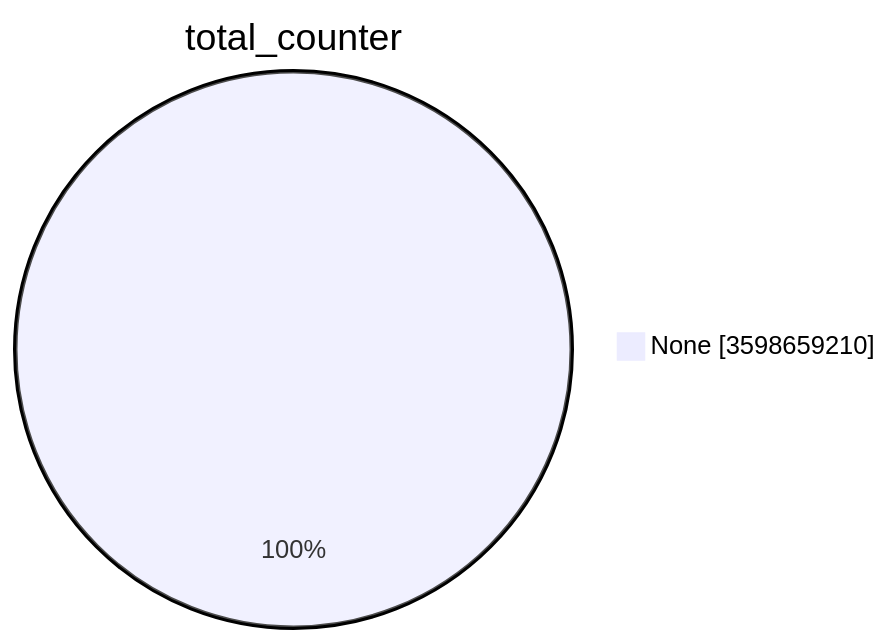
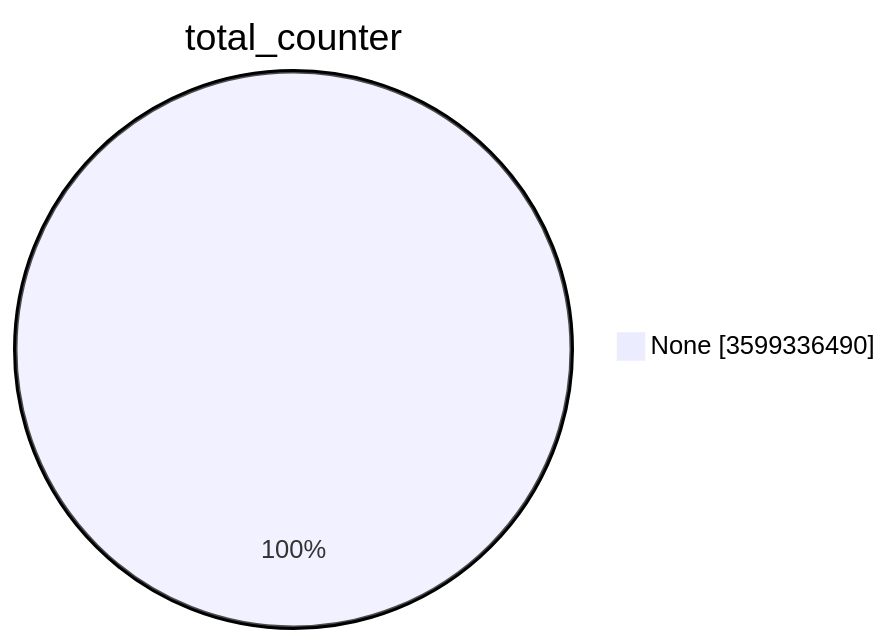
Before and after one commit to christiankrug/ctmonitor_visualization: the first of 15 diagrams in TOTAL/README.md, drawn with Mermaid. The commit also changed other lines of this file, not shown here.

````diff
--- a/TOTAL/README.md
+++ b/TOTAL/README.md
@@ -1,5 +1,5 @@
 ```mermaid
 pie showData
 title total_counter
-"None" :3598659210
+"None" :3599336490
 ```
````
